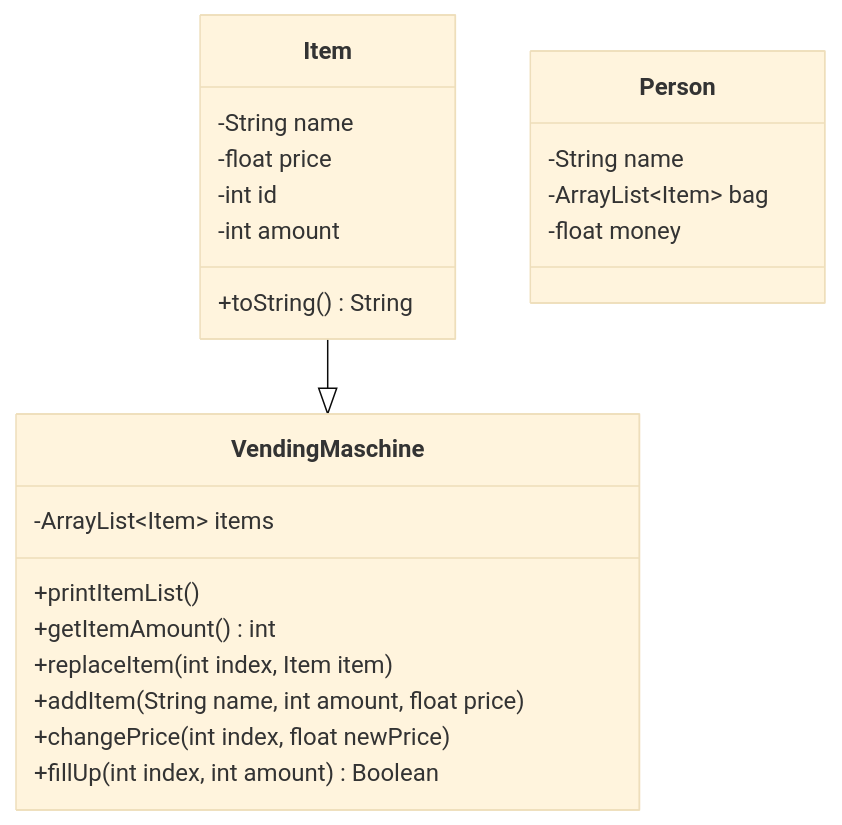
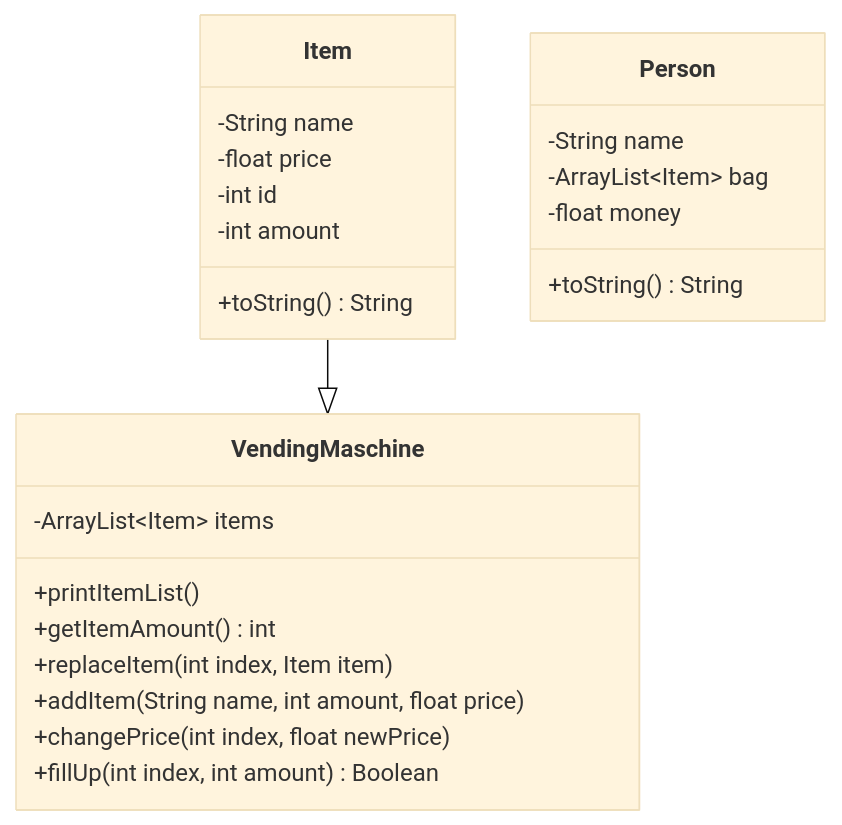
One commit to Timofey-Makhankov/Snack-Automat changed the diagram in README.md. Above: the diagram before and after it, drawn with Mermaid (base theme). The commit also changed 3 other files, not shown here.

````diff
--- a/README.md
+++ b/README.md
@@ -10,28 +10,29 @@
 ```mermaid
     classDiagram
     class VendingMaschine{
         -ArrayList~Item~ items
         +printItemList()
         +getItemAmount() int
         +replaceItem(int index, Item item)
         +addItem(String name, int amount, float price)
         +changePrice(int index, float newPrice)
         +fillUp(int index, int amount) Boolean
     }
 
     class Item {
         -String name
         -float price
         -int id
         -int amount
         +toString() String
     }
 
     class Person {
         -String name
         -ArrayList~Item~ bag
         -float money
+        +toString() String
     }
 
     Item --|>VendingMaschine
 ```
````
